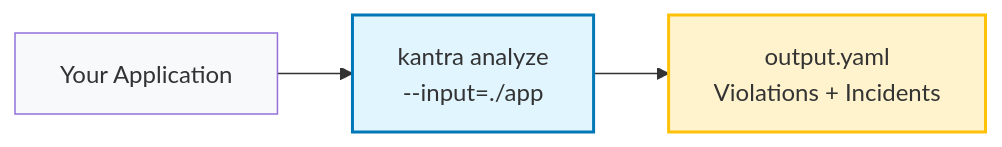
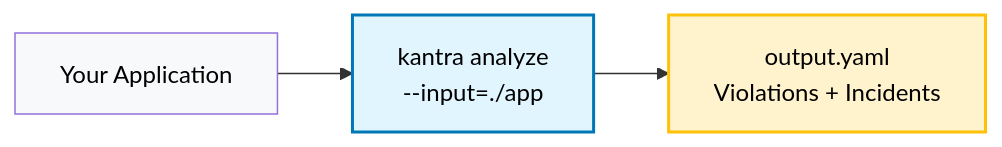
Before and after one commit to tsanders-rh/kantra-ai: the second of 6 diagrams in docs/WORKFLOW.md, drawn with Mermaid. The commit also changed other lines of this file, not shown here.

First line of the commit message:
Improve diagram text contrast for readability

````diff
--- a/docs/WORKFLOW.md
+++ b/docs/WORKFLOW.md
@@ -27,9 +27,9 @@
 ```mermaid
 flowchart LR
     App[Your Application] --> Analyze[kantra analyze<br/>--input=./app]
     Analyze --> Output[output.yaml<br/>Violations + Incidents]
 
-    style App fill:#f8f9fa
-    style Analyze fill:#e1f5ff,stroke:#0077b6,stroke-width:2px
-    style Output fill:#fff3cd,stroke:#ffc107,stroke-width:2px
+    style App fill:#f8f9fa,color:#000
+    style Analyze fill:#e1f5ff,stroke:#0077b6,stroke-width:2px,color:#000
+    style Output fill:#fff3cd,stroke:#ffc107,stroke-width:2px,color:#000
 ```
````
